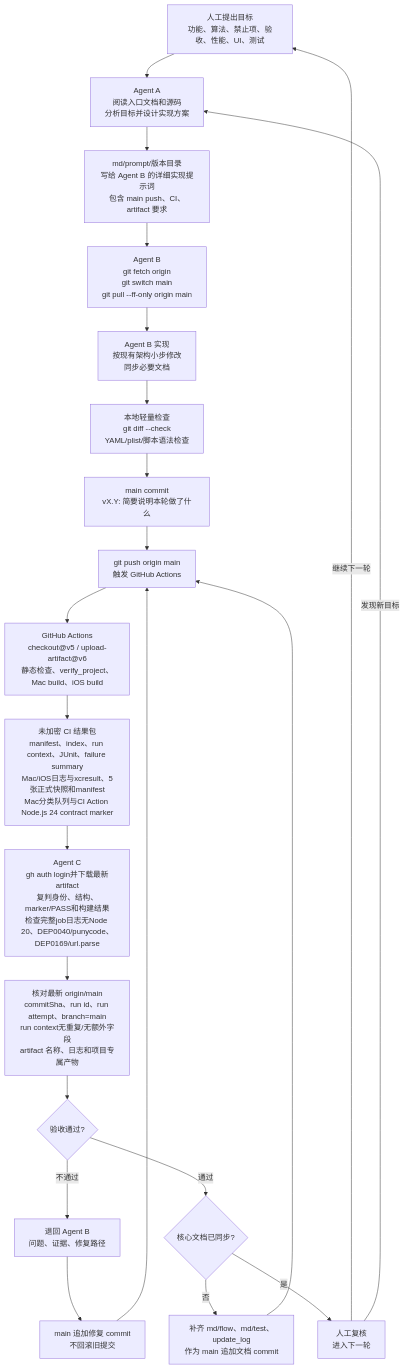
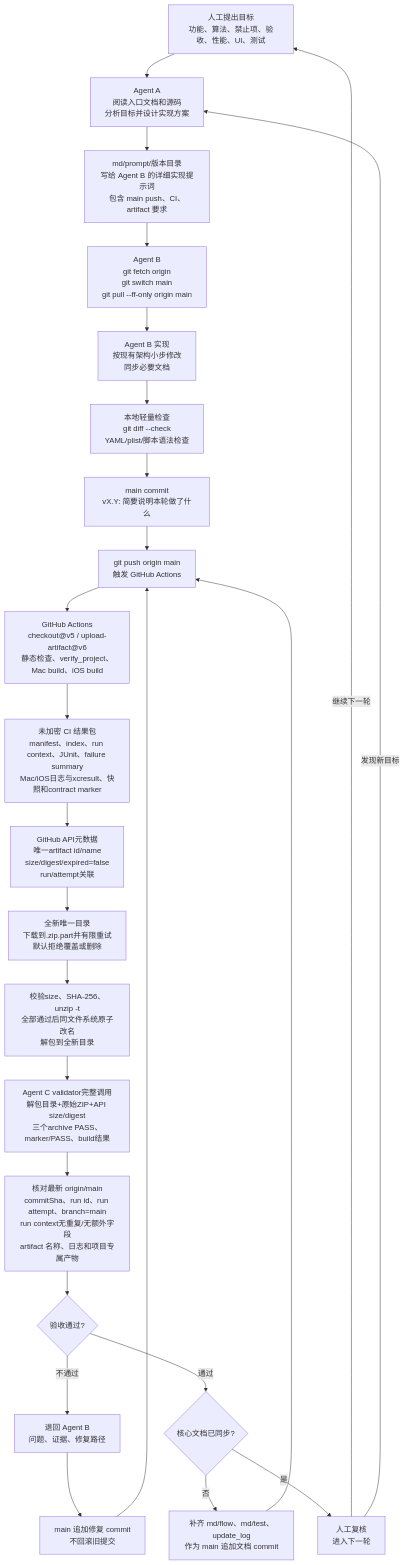
One commit to Altman-sam114/114 changed the fifth of 6 diagrams in md/flow/flowchart.md. Above: the diagram before and after it, drawn with Mermaid. The commit also changed other lines of this file and 10 other files, not shown here.

````diff
--- a/md/flow/flowchart.md
+++ b/md/flow/flowchart.md
@@ -107,24 +112,27 @@
 ```mermaid
 flowchart TD
   H["人工提出目标<br/>功能、算法、禁止项、验收、性能、UI、测试"] --> A["Agent A<br/>阅读入口文档和源码<br/>分析目标并设计实现方案"]
   A --> P["md/prompt/版本目录<br/>写给 Agent B 的详细实现提示词<br/>包含 main push、CI、artifact 要求"]
   P --> B0["Agent B<br/>git fetch origin<br/>git switch main<br/>git pull --ff-only origin main"]
   B0 --> B1["Agent B 实现<br/>按现有架构小步修改<br/>同步必要文档"]
   B1 --> L["本地轻量检查<br/>git diff --check<br/>YAML/plist/脚本语法检查"]
   L --> G["main commit<br/>vX.Y: 简要说明本轮做了什么"]
   G --> PUSH["git push origin main<br/>触发 GitHub Actions"]
   PUSH --> CI["GitHub Actions<br/>checkout@v5 / upload-artifact@v6<br/>静态检查、verify_project、Mac build、iOS build"]
-  CI --> ART["未加密 CI 结果包<br/>manifest、index、run context、JUnit、failure summary<br/>Mac/iOS日志与xcresult、5张正式快照和manifest<br/>Mac分类队列与CI Action Node.js 24 contract marker"]
-  ART --> C["Agent C<br/>gh auth login并下载最新artifact<br/>复判身份、结构、marker/PASS和构建结果<br/>检查完整job日志无Node 20、DEP0040/punycode、DEP0169/url.parse"]
+  CI --> ART["未加密 CI 结果包<br/>manifest、index、run context、JUnit、failure summary<br/>Mac/iOS日志与xcresult、快照和contract marker"]
+  ART --> API["GitHub API元数据<br/>唯一artifact id/name<br/>size/digest/expired=false<br/>run/attempt关联"]
+  API --> DL["全新唯一目录<br/>下载到.zip.part并有限重试<br/>默认拒绝覆盖或删除"]
+  DL --> ZIP["校验size、SHA-256、unzip -t<br/>全部通过后同文件系统原子改名<br/>解包到全新目录"]
+  ZIP --> C["Agent C validator完整调用<br/>解包目录+原始ZIP+API size/digest<br/>三个archive PASS、marker/PASS、build结果"]
   C --> V["核对最新 origin/main<br/>commitSha、run id、run attempt、branch=main<br/>run context无重复/无额外字段<br/>artifact 名称、日志和项目专属产物"]
   V --> PASS{"验收通过?"}
   PASS -->|不通过| BACK["退回 Agent B<br/>问题、证据、修复路径"]
   BACK --> FIX["main 追加修复 commit<br/>不回滚旧提交"]
   FIX --> PUSH
   PASS -->|通过| DOC{"核心文档已同步?"}
   DOC -->|否| D["补齐 md/flow、md/test、update_log<br/>作为 main 追加文档 commit"]
   D --> PUSH
   DOC -->|是| J["人工复核<br/>进入下一轮"]
   J -->|继续下一轮| H
   J -->|发现新目标| A
 ```
````
